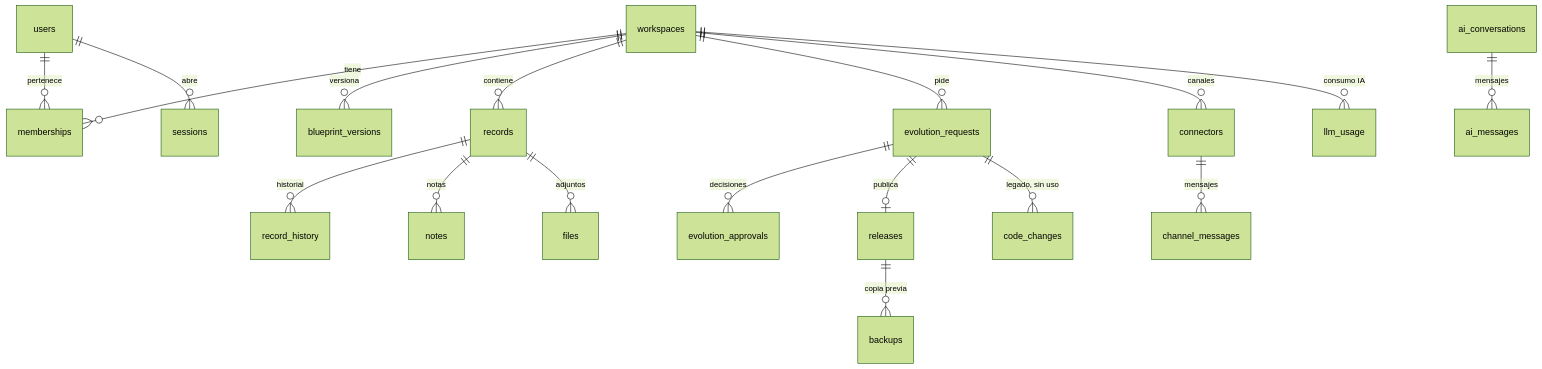
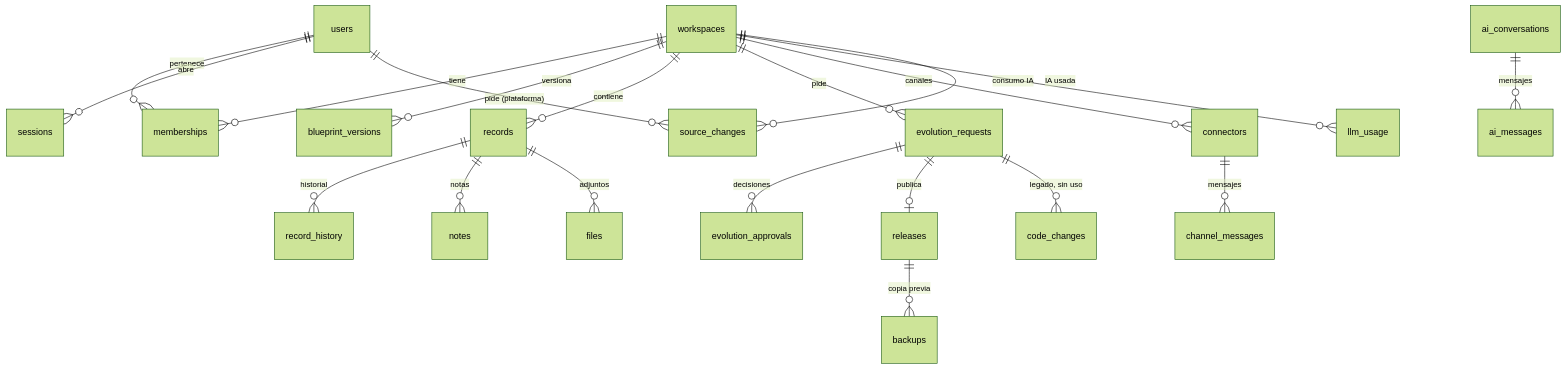
Before and after one commit to CortexVed/cortex-crm: the diagram in docs/DATABASE_SCHEMA.md, drawn with Mermaid (forest theme). The commit also changed other lines of this file and 83 other files, not shown here.

````diff
--- a/docs/DATABASE_SCHEMA.md
+++ b/docs/DATABASE_SCHEMA.md
@@ -23,20 +25,22 @@
 ```mermaid
 erDiagram
   users ||--o{ memberships : "pertenece"
   workspaces ||--o{ memberships : "tiene"
   users ||--o{ sessions : "abre"
   workspaces ||--o{ blueprint_versions : "versiona"
   workspaces ||--o{ records : "contiene"
   records ||--o{ record_history : "historial"
   records ||--o{ notes : "notas"
   records ||--o{ files : "adjuntos"
   workspaces ||--o{ evolution_requests : "pide"
   evolution_requests ||--o{ evolution_approvals : "decisiones"
   evolution_requests ||--o| releases : "publica"
   releases ||--o{ backups : "copia previa"
   evolution_requests ||--o{ code_changes : "legado, sin uso"
   workspaces ||--o{ connectors : "canales"
   connectors ||--o{ channel_messages : "mensajes"
   ai_conversations ||--o{ ai_messages : "mensajes"
   workspaces ||--o{ llm_usage : "consumo IA"
+  users ||--o{ source_changes : "pide (plataforma)"
+  workspaces ||--o{ source_changes : "IA usada"
 ```
````
